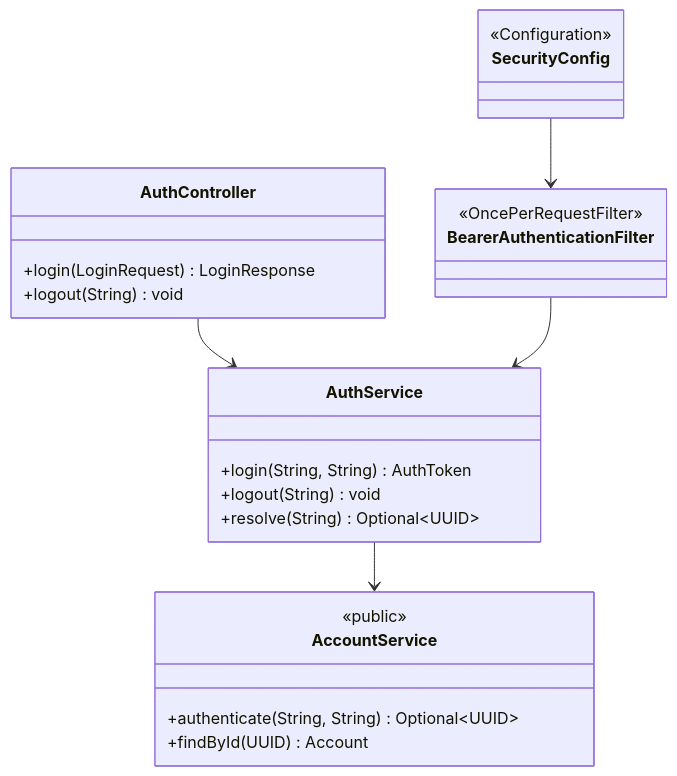
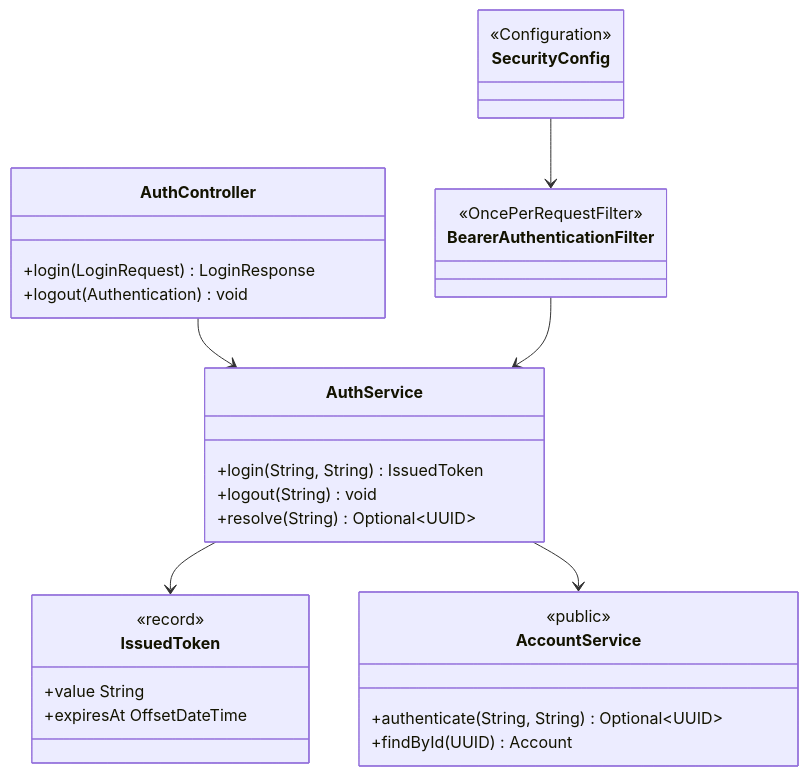
One commit to WilliamRAlvesJr/kanban changed the second of 3 diagrams in openspec/changes/add-login/design.md. Above: the diagram before and after it, drawn with Mermaid. The commit also changed other lines of this file and 21 other files, not shown here.

First line of the commit message:
Implementa o login por token opaco

````diff
--- a/openspec/changes/add-login/design.md
+++ b/openspec/changes/add-login/design.md
@@ -48,27 +48,33 @@
 ```mermaid
 classDiagram
     class AuthController {
         +login(LoginRequest) LoginResponse
-        +logout(String) void
+        +logout(Authentication) void
     }
     class AuthService {
-        +login(String, String) AuthToken
+        +login(String, String) IssuedToken
         +logout(String) void
         +resolve(String) Optional~UUID~
+    }
+    class IssuedToken {
+        <<record>>
+        +value String
+        +expiresAt OffsetDateTime
     }
     class BearerAuthenticationFilter {
         <<OncePerRequestFilter>>
     }
     class SecurityConfig {
         <<Configuration>>
     }
     class AccountService {
         <<public>>
         +authenticate(String, String) Optional~UUID~
         +findById(UUID) Account
     }
     AuthController --> AuthService
+    AuthService --> IssuedToken
     BearerAuthenticationFilter --> AuthService
     AuthService --> AccountService
     SecurityConfig --> BearerAuthenticationFilter
 ```
````
